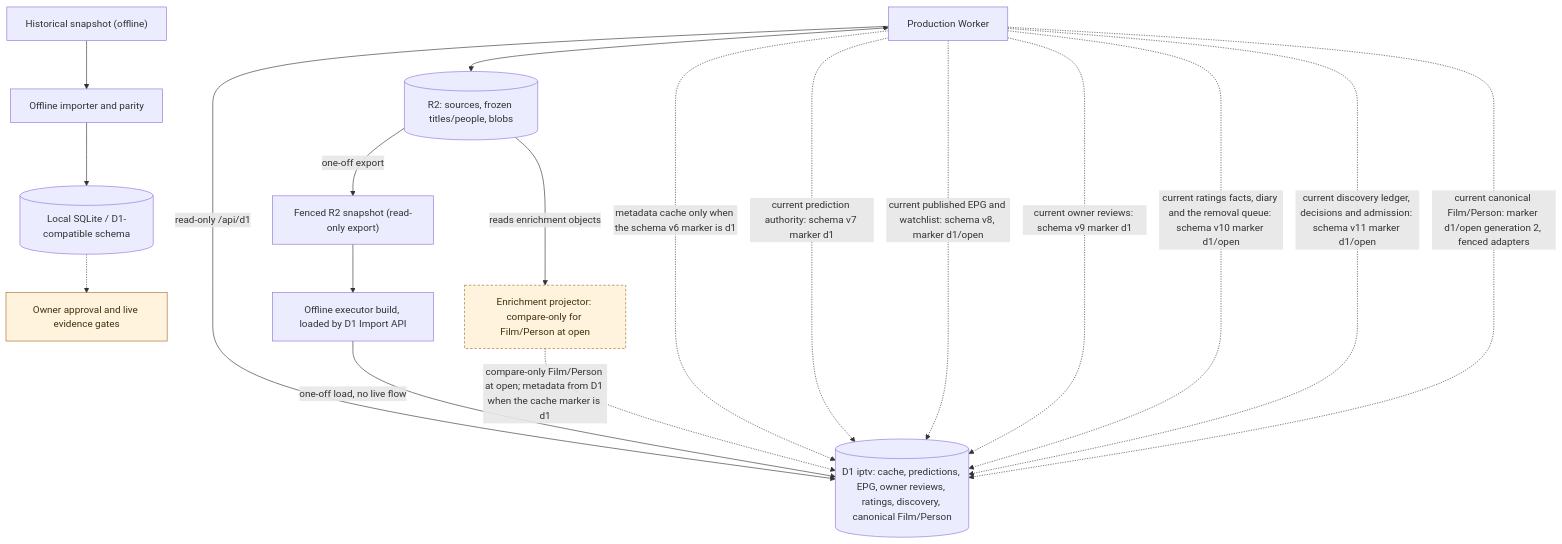
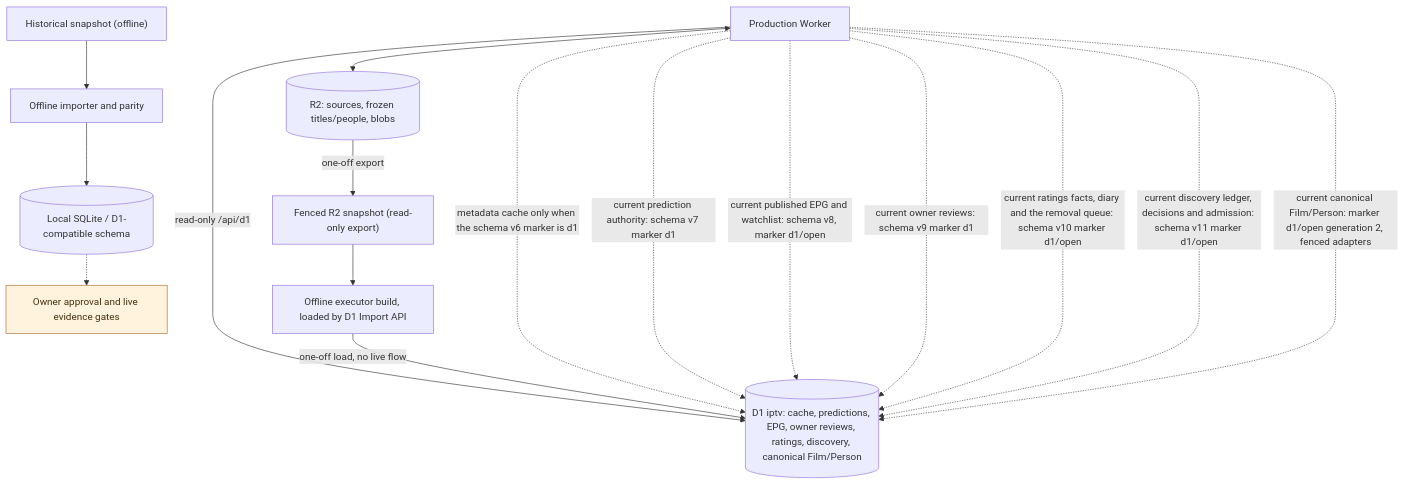
One commit to vladimino/iptv-watchlist changed the diagram in docs/architecture/persistence-and-migration.md. Above: the diagram before and after it, drawn with Mermaid. The commit also changed other lines of this file and 4 other files, not shown here.

````diff
--- a/docs/architecture/persistence-and-migration.md
+++ b/docs/architecture/persistence-and-migration.md
@@ -7,30 +7,26 @@
 ```mermaid
 flowchart TD
     worker["Production Worker"]
     r2[("R2: sources, frozen titles/people, blobs")]
     archive["Historical snapshot (offline)"]
     importer["Offline importer and parity"]
     local[("Local SQLite / D1-compatible schema")]
     gate["Owner approval and live evidence gates"]
     snapshot["Fenced R2 snapshot (read-only export)"]
     reload["Offline executor build, loaded by D1 Import API"]
     d1[("D1 iptv: cache, predictions, EPG, owner reviews, ratings, discovery, canonical Film/Person")]
-    projector["Enrichment projector: compare-only for Film/Person at open"]
     worker <--> r2
     worker -->|read-only /api/d1| d1
     archive --> importer --> local
     local -.-> gate
     r2 -->|one-off export| snapshot --> reload -->|one-off load, no live flow| d1
-    r2 -->|reads enrichment objects| projector -.->|compare-only Film/Person at open; metadata from D1 when the cache marker is d1| d1
     worker -.->|metadata cache only when the schema v6 marker is d1| d1
     worker -.->|current prediction authority: schema v7 marker d1| d1
     worker -.->|current published EPG and watchlist: schema v8, marker d1/open| d1
     worker -.->|current owner reviews: schema v9 marker d1| d1
     worker -.->|current ratings facts, diary and the removal queue: schema v10 marker d1/open| d1
     worker -.->|current discovery ledger, decisions and admission: schema v11 marker d1/open| d1
     worker -.->|current canonical Film/Person: marker d1/open generation 2, fenced adapters| d1
     classDef future fill:#fff3de,stroke:#a56c2b,color:#42300e
-    classDef gated fill:#fff3de,stroke:#a56c2b,color:#42300e,stroke-dasharray:4 3
     class gate future
-    class projector gated
 ```
````
